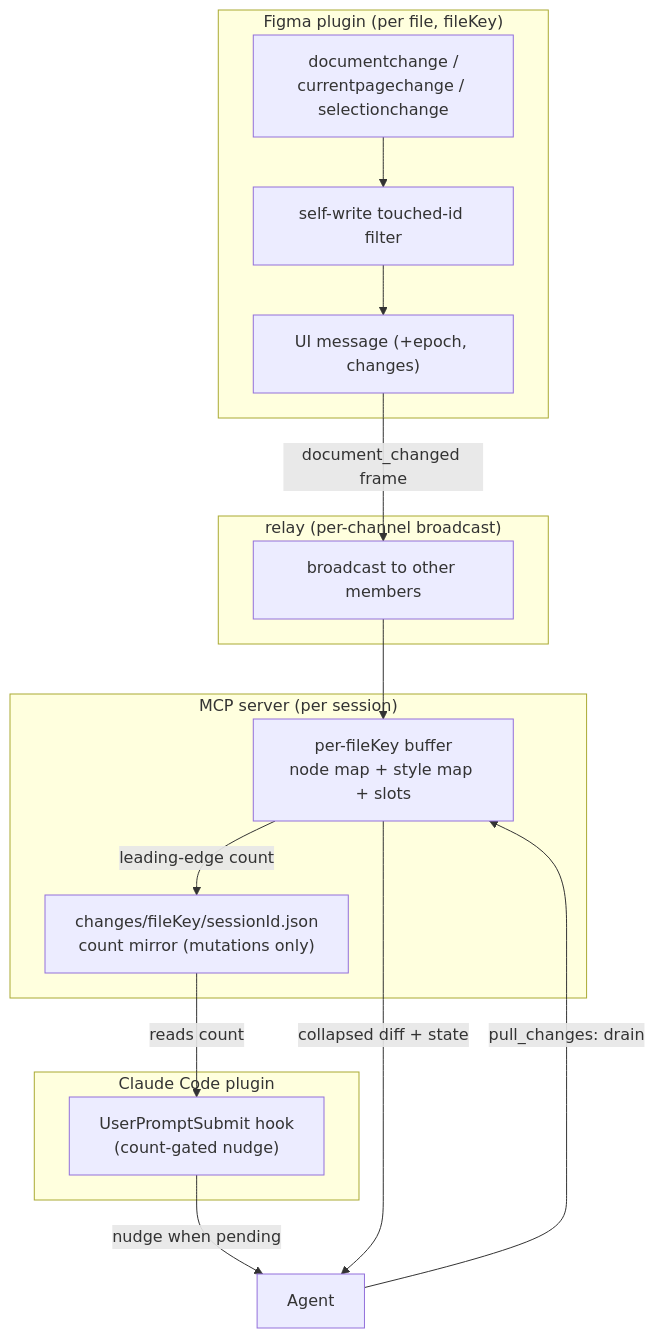
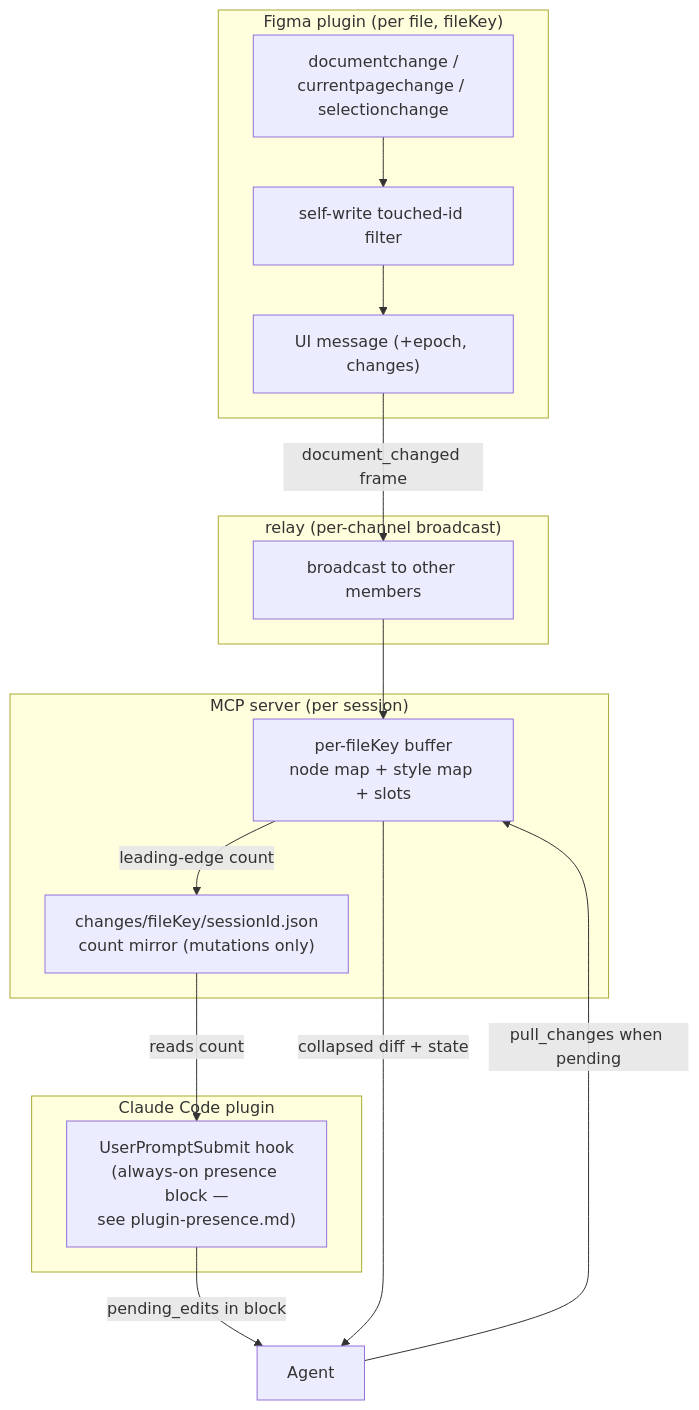
One commit to yleilu/figma-agent-bridge changed the diagram in docs/specs/change-feed.md. Above: the diagram before and after it, drawn with Mermaid. The commit also changed other lines of this file and 4 other files, not shown here.

First line of the commit message:
docs(spec): add plugin-presence spec; reconcile always-on hook across specs

````diff
--- a/docs/specs/change-feed.md
+++ b/docs/specs/change-feed.md
@@ -307,25 +316,25 @@
 ```mermaid
 flowchart TB
     subgraph Plugin["Figma plugin (per file, fileKey)"]
         L["documentchange /\ncurrentpagechange / selectionchange"]
         G["self-write touched-id filter"]
         UM["UI message (+epoch, changes)"]
     end
     subgraph Relay["relay (per-channel broadcast)"]
         BC["broadcast to other members"]
     end
     subgraph Server["MCP server (per session)"]
         BUF["per-fileKey buffer\nnode map + style map + slots"]
         CF["changes/fileKey/sessionId.json\ncount mirror (mutations only)"]
     end
     subgraph CC["Claude Code plugin"]
-        HK["UserPromptSubmit hook\n(count-gated nudge)"]
+        HK["UserPromptSubmit hook\n(always-on presence block —\nsee plugin-presence.md)"]
     end
     L --> G --> UM -->|document_changed frame| BC
     BC --> BUF
     BUF -->|leading-edge count| CF
     CF -->|reads count| HK
-    HK -->|nudge when pending| Agent
-    Agent -->|pull_changes: drain| BUF
+    HK -->|pending_edits in block| Agent
+    Agent -->|pull_changes when pending| BUF
     BUF -->|collapsed diff + state| Agent
 ```
````
